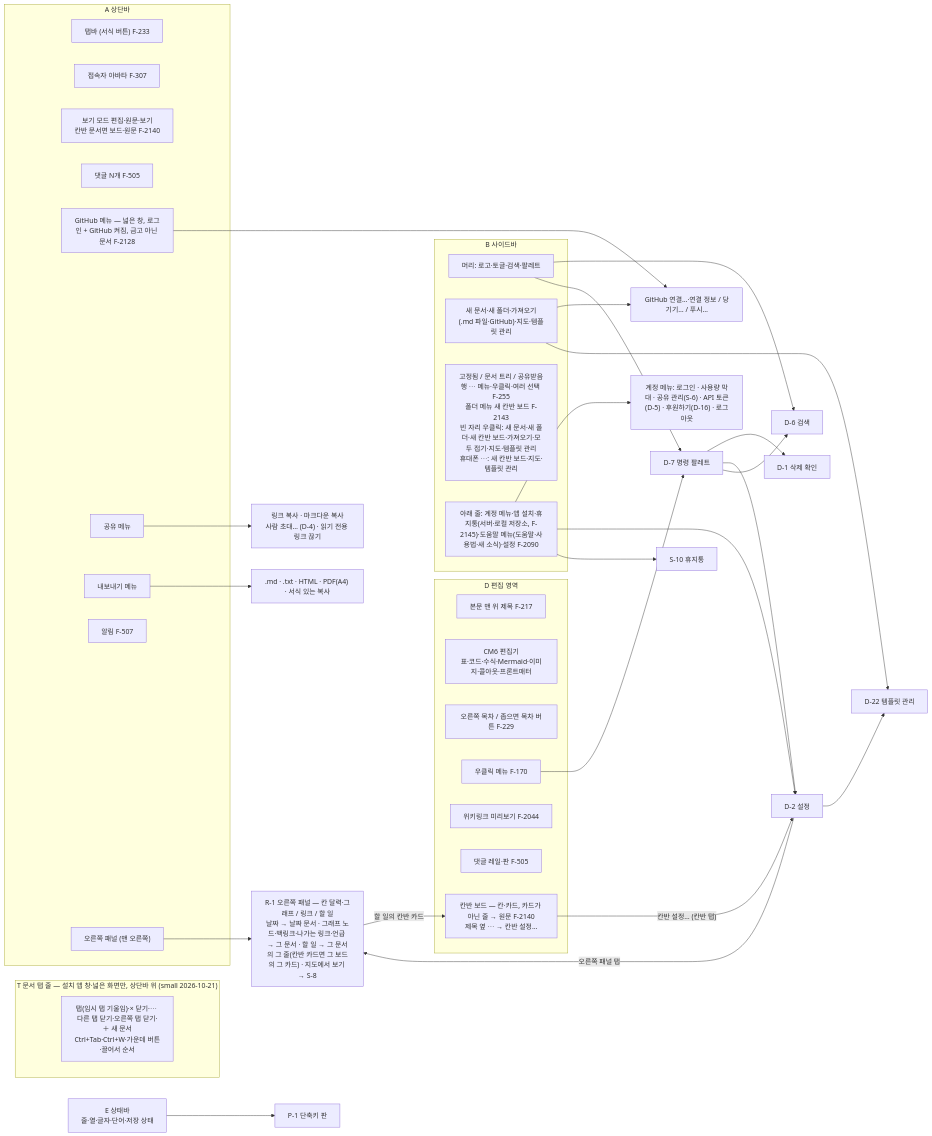
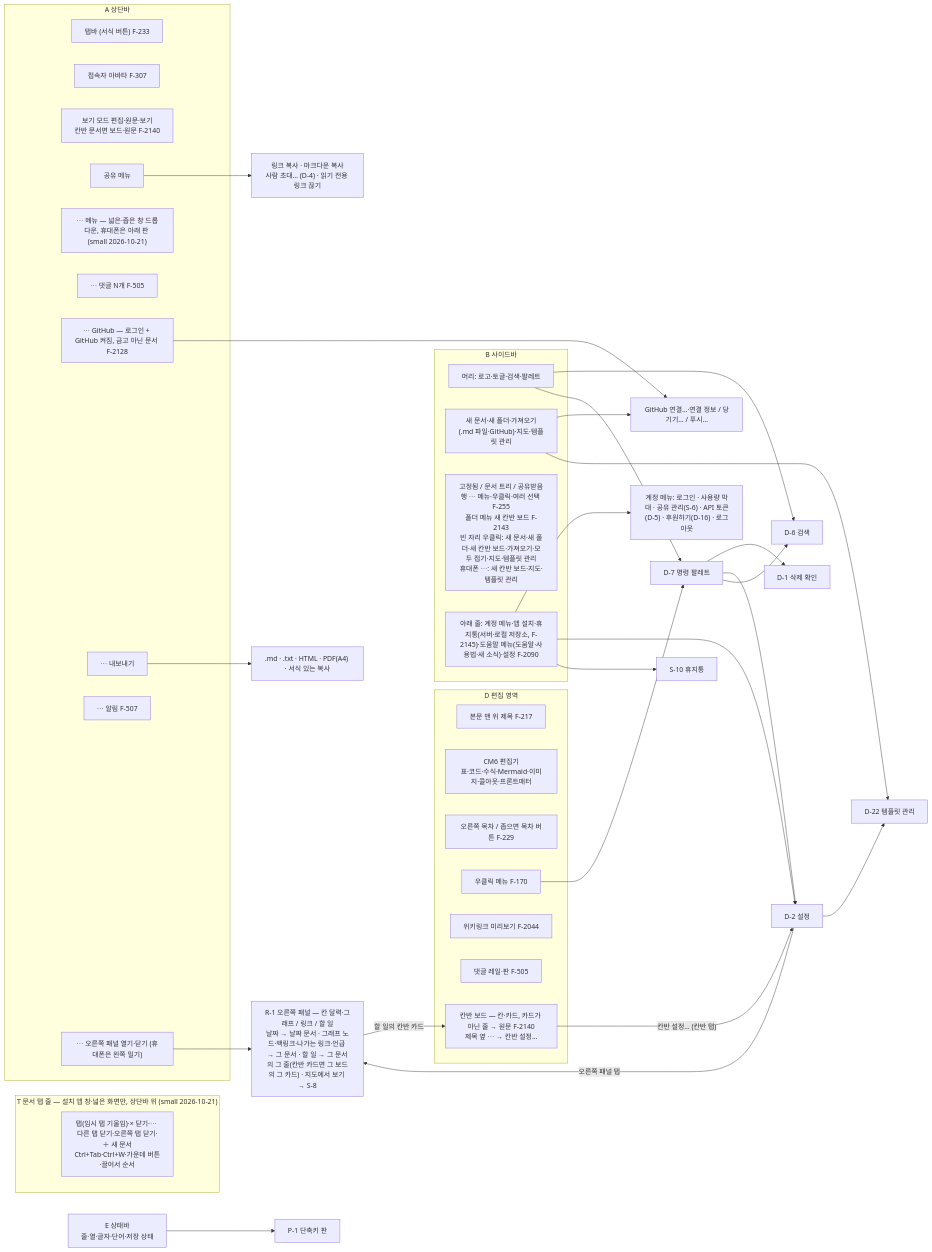
The third of 5 diagrams in specs/map.md (R00neyj/rawdoc), drawn with Mermaid before and after one commit. The commit also changed other lines of this file and 29 other files, not shown here.

````diff
--- a/specs/map.md
+++ b/specs/map.md
@@ -78,54 +78,55 @@
 ```mermaid
 flowchart LR
   subgraph T["T 문서 탭 줄 — 설치 앱 창·넓은 화면만, 상단바 위 (small 2026-10-21)"]
     T1["탭(임시 탭 기울임)·× 닫기·⋯ 다른 탭 닫기·오른쪽 탭 닫기·＋ 새 문서<br/>Ctrl+Tab·Ctrl+W·가운데 버튼·끌어서 순서"]
   end
   subgraph A["A 상단바"]
     A1["탭바 (서식 버튼) F-233"]
     A2["접속자 아바타 F-307"]
     A3["보기 모드 편집·원문·보기<br/>칸반 문서면 보드·원문 F-2140"]
-    A4["댓글 N개 F-505"]
-    A5["GitHub 메뉴 — 넓은 창, 로그인 + GitHub 켜짐, 금고 아닌 문서 F-2128"]
     A6["공유 메뉴"]
-    A7["내보내기 메뉴"]
-    A8["알림 F-507"]
-    A9["오른쪽 패널 (맨 오른쪽)"]
+    A10["⋯ 메뉴 — 넓은·좁은 창 드롭다운, 휴대폰은 아래 판 (small 2026-10-21)"]
+    A4["⋯ 댓글 N개 F-505"]
+    A5["⋯ GitHub — 로그인 + GitHub 켜짐, 금고 아닌 문서 F-2128"]
+    A7["⋯ 내보내기"]
+    A8["⋯ 알림 F-507"]
+    A9["⋯ 오른쪽 패널 열기·닫기 (휴대폰은 왼쪽 밀기)"]
   end
   subgraph B["B 사이드바"]
     B1["머리: 로고·토글·검색·팔레트"]
     B2["새 문서·새 폴더·가져오기(.md 파일·GitHub)·지도·템플릿 관리"]
     B3["고정됨 / 문서 트리 / 공유받음<br/>행 ⋯ 메뉴·우클릭·여러 선택 F-255<br/>폴더 메뉴 새 칸반 보드 F-2143<br/>빈 자리 우클릭: 새 문서·새 폴더·새 칸반 보드·가져오기·모두 접기·지도·템플릿 관리<br/>휴대폰 ⋯: 새 칸반 보드·지도·템플릿 관리"]
     B4["아래 줄: 계정 메뉴·앱 설치·휴지통(서버·로컬 저장소, F-2145)·도움말 메뉴(도움말·사용법·새 소식)·설정 F-2090"]
   end
   subgraph D["D 편집 영역"]
     D1["본문 맨 위 제목 F-217"]
     D2["CM6 편집기<br/>표·코드·수식·Mermaid·이미지·콜아웃·프론트매터"]
     D3["오른쪽 목차 / 좁으면 목차 버튼 F-229"]
     D4["우클릭 메뉴 F-170"]
     D5["위키링크 미리보기 F-2044"]
     D6["댓글 레일·판 F-505"]
     D7["칸반 보드 — 칸·카드, 카드가 아닌 줄 → 원문 F-2140<br/>제목 옆 ⋯ → 칸반 설정…"]
   end
   E["E 상태바<br/>줄·열·글자·단어·저장 상태"]
 
   A6 --> share["링크 복사 · 마크다운 복사<br/>사람 초대… (D-4) · 읽기 전용 링크 끊기"]
   A7 --> export[".md · .txt · HTML · PDF(A4) · 서식 있는 복사"]
   B4 --> account["계정 메뉴: 로그인 · 사용량 막대 · 공유 관리(S-6) · API 토큰(D-5) · 후원하기(D-16) · 로그아웃"]
   A5 --> ghdlg["GitHub 연결…·연결 정보 / 당기기… / 푸시…"]
   B2 --> ghdlg
   B1 --> D6dlg["D-6 검색"]
   B1 --> D7dlg["D-7 명령 팔레트"]
   B4 --> D2dlg["D-2 설정"]
   B4 --> S10t["S-10 휴지통"]
   B2 --> D22dlg["D-22 템플릿 관리"]
   D2dlg --> D22dlg
   D4 --> D7dlg
   D7dlg --> D1dlg["D-1 삭제 확인"]
   D7dlg --> D2dlg
   D7dlg --> D6dlg
   E --> P1["P-1 단축키 판"]
   A9 --> R1["R-1 오른쪽 패널 — 칸 달력·그래프 / 링크 / 할 일<br/>날짜 → 날짜 문서 · 그래프 노드·백링크·나가는 링크·언급 → 그 문서 · 할 일 → 그 문서의 그 줄(칸반 카드면 그 보드의 그 카드) · 지도에서 보기 → S-8"]
   D2dlg -- "오른쪽 패널 탭" --> R1
   D7 -- "칸반 설정… (칸반 탭)" --> D2dlg
   R1 -- "할 일의 칸반 카드" --> D7
 ```
````
